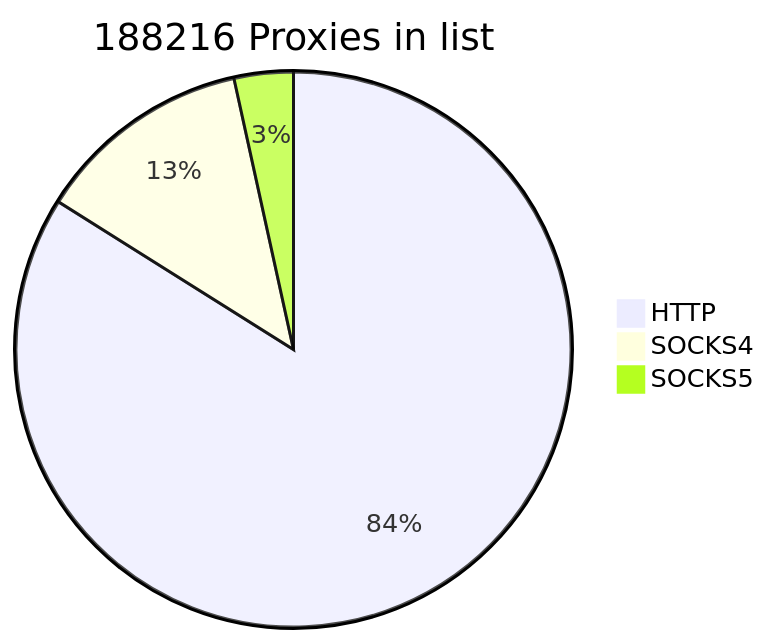
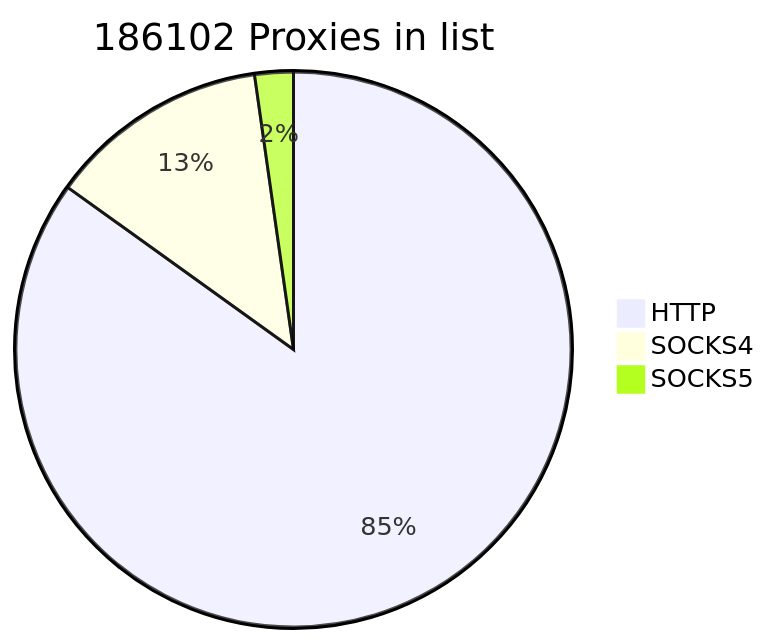
The first of 2 diagrams in README.md (cutipu/proxylist), drawn with Mermaid before and after one commit. The commit also changed other lines of this file, not shown here.

````diff
--- a/README.md
+++ b/README.md
@@ -2,7 +2,7 @@
 ```mermaid
-pie title 188216 Proxies in list
-    "HTTP" : 157965
-    "SOCKS4" : 23773
-    "SOCKS5" : 6478
+pie title 186102 Proxies in list
+    "HTTP" : 158026
+    "SOCKS4" : 23898
+    "SOCKS5" : 4178
             
 ```
````
